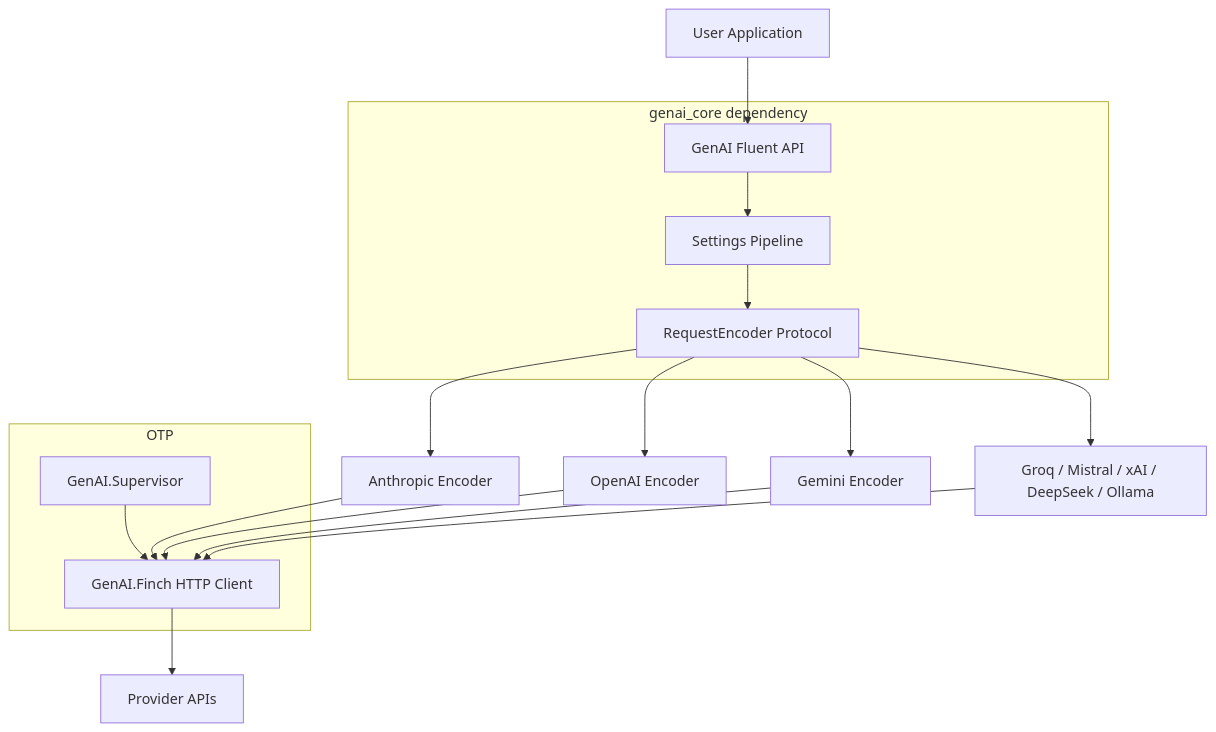
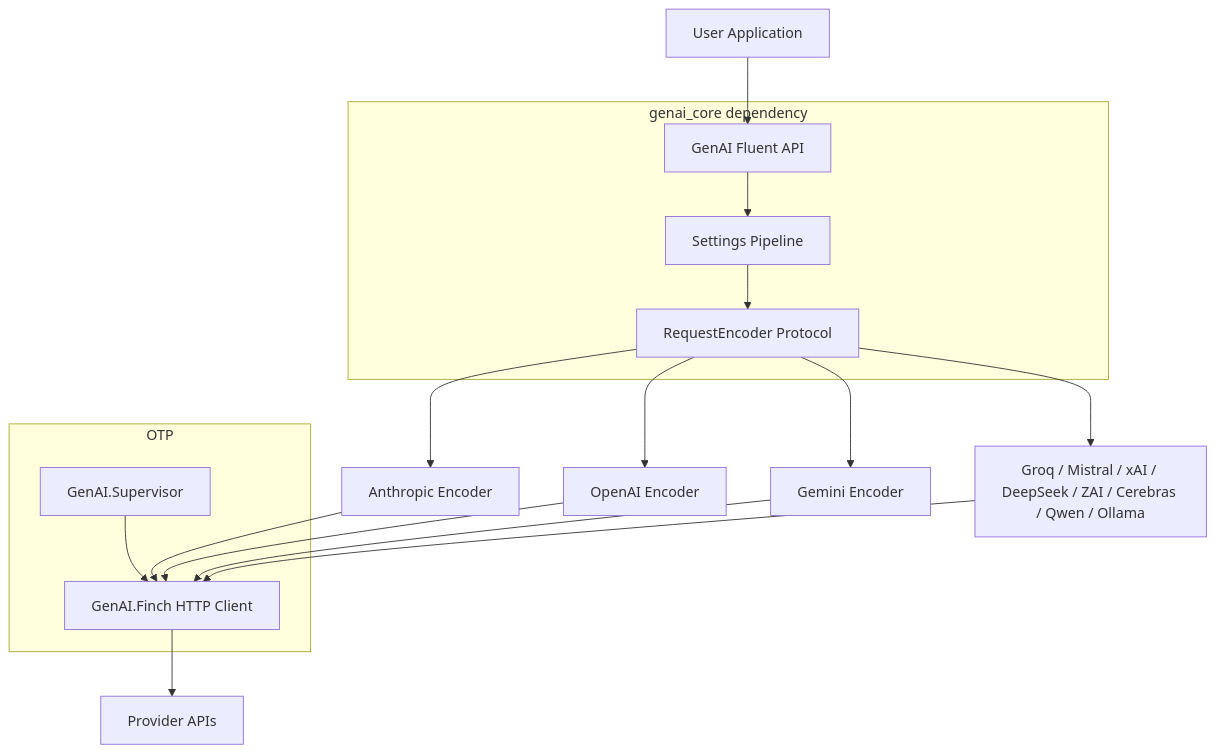
The diagram in docs/PROJ-ARCH.md (noizu-labs-ml/genai), drawn with Mermaid before and after one commit. The commit also changed other lines of this file and 16 other files, not shown here.

````diff
--- a/docs/PROJ-ARCH.md
+++ b/docs/PROJ-ARCH.md
@@ -9,25 +9,25 @@
 ```mermaid
 graph TB
     App[User Application] --> API[GenAI Fluent API]
     API --> Settings[Settings Pipeline]
     Settings --> Encoder[RequestEncoder Protocol]
     Encoder --> Anthropic[Anthropic Encoder]
     Encoder --> OpenAI[OpenAI Encoder]
     Encoder --> Gemini[Gemini Encoder]
-    Encoder --> Others[Groq / Mistral / xAI / DeepSeek / Ollama]
+    Encoder --> Others[Groq / Mistral / xAI / DeepSeek / ZAI / Cerebras / Qwen / Ollama]
     Anthropic --> Finch[GenAI.Finch HTTP Client]
     OpenAI --> Finch
     Gemini --> Finch
     Others --> Finch
     Finch --> APIs[Provider APIs]
 
     subgraph OTP
         Supervisor[GenAI.Supervisor] --> Finch
     end
 
     subgraph genai_core [genai_core dependency]
         API
         Settings
         Encoder
     end
 ```
````
